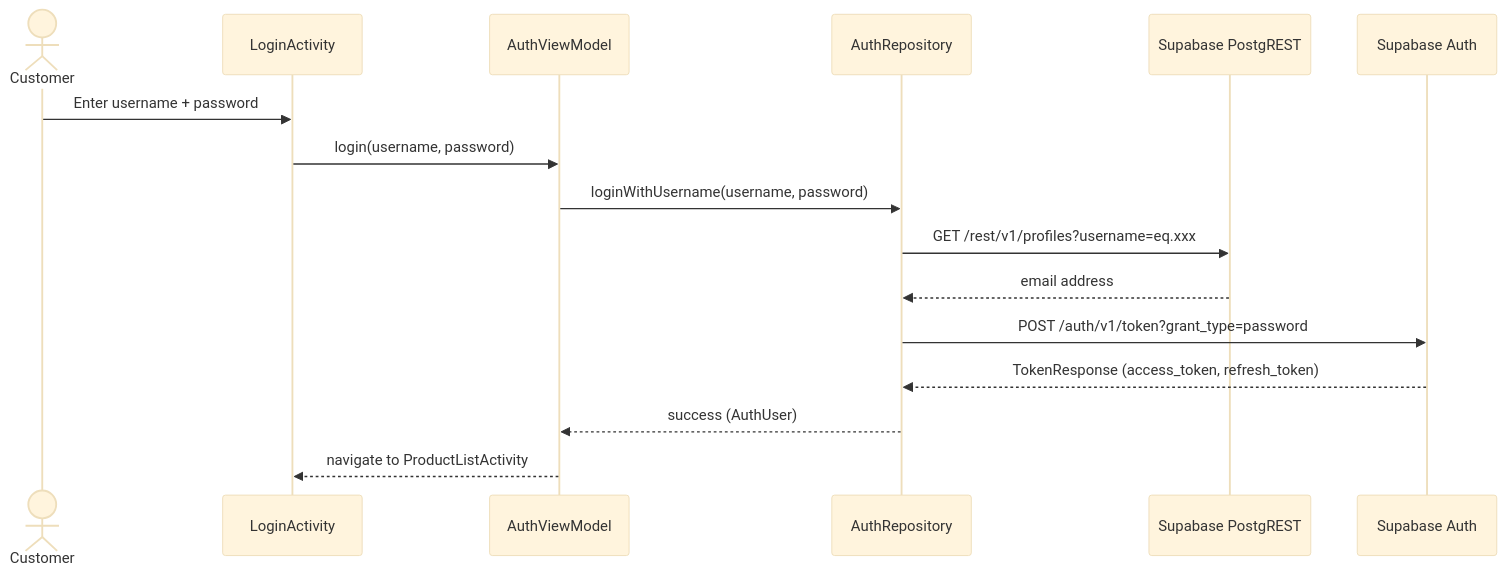
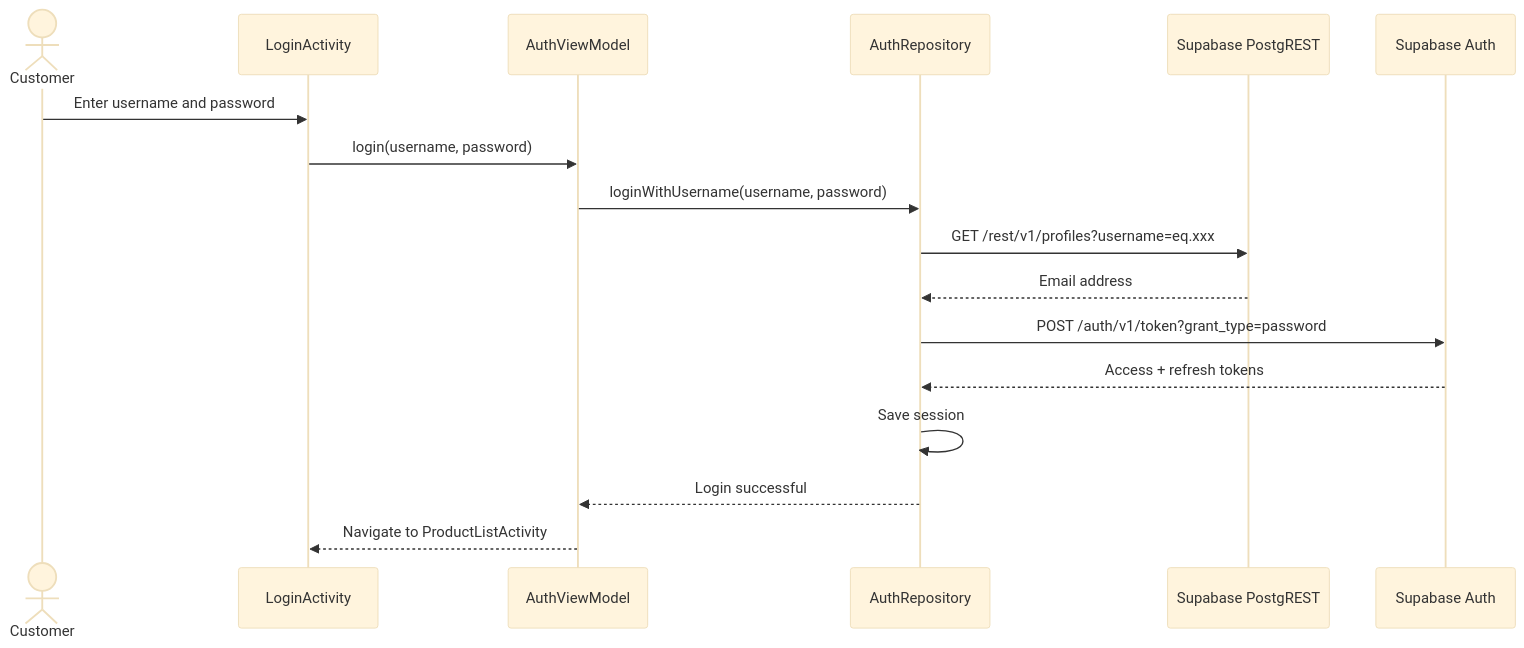
One commit to Fathima-Asna/ICBT-MAD-Assignment changed the seventh of 13 diagrams in README.md. Above: the diagram before and after it, drawn with Mermaid (base theme). The commit also changed other lines of this file, not shown here.

Commit message:
docs: update comprehensive README with user manual, UML diagrams and technical docs

````diff
--- a/README.md
+++ b/README.md
@@ -300,19 +675,20 @@
 ```mermaid
 sequenceDiagram
-    actor U as Customer
+    actor C as Customer
     participant A as LoginActivity
-    participant VM as AuthViewModel
+    participant V as AuthViewModel
     participant R as AuthRepository
-    participant DATA as Supabase PostgREST
-    participant AUTH as Supabase Auth
+    participant SD as Supabase PostgREST
+    participant SA as Supabase Auth
 
-    U->>A: Enter username + password
-    A->>VM: login(username, password)
-    VM->>R: loginWithUsername(username, password)
-    R->>DATA: GET /rest/v1/profiles?username=eq.xxx
-    DATA-->>R: email address
-    R->>AUTH: POST /auth/v1/token?grant_type=password
-    AUTH-->>R: TokenResponse (access_token, refresh_token)
-    R-->>VM: success (AuthUser)
-    VM-->>A: navigate to ProductListActivity
+    C->>A: Enter username and password
+    A->>V: login(username, password)
+    V->>R: loginWithUsername(username, password)
+    R->>SD: GET /rest/v1/profiles?username=eq.xxx
+    SD-->>R: Email address
+    R->>SA: POST /auth/v1/token?grant_type=password
+    SA-->>R: Access + refresh tokens
+    R->>R: Save session
+    R-->>V: Login successful
+    V-->>A: Navigate to ProductListActivity
 ```
````
